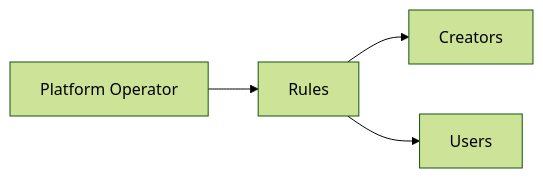
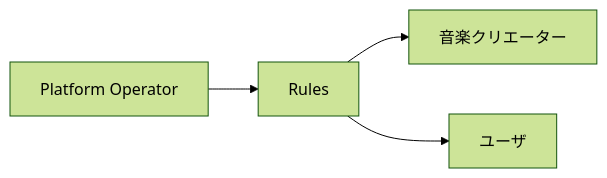
One commit to ShigeichiroYamasaki/creator-first-platform changed the sixth of 11 diagrams in docs/whitepaper/02-market.md. Above: the diagram before and after it, drawn with Mermaid (forest theme). The commit also changed other lines of this file and 67 other files, not shown here.

````diff
--- a/docs/whitepaper/02-market.md
+++ b/docs/whitepaper/02-market.md
@@ -234,6 +234,6 @@
 ```mermaid
 flowchart LR
     OP[Platform Operator] --> RULE[Rules]
-    RULE --> CREATOR[Creators]
-    RULE --> USER[Users]
+    RULE --> CREATOR[音楽クリエーター]
+    RULE --> USER[ユーザ]
 ```
````
